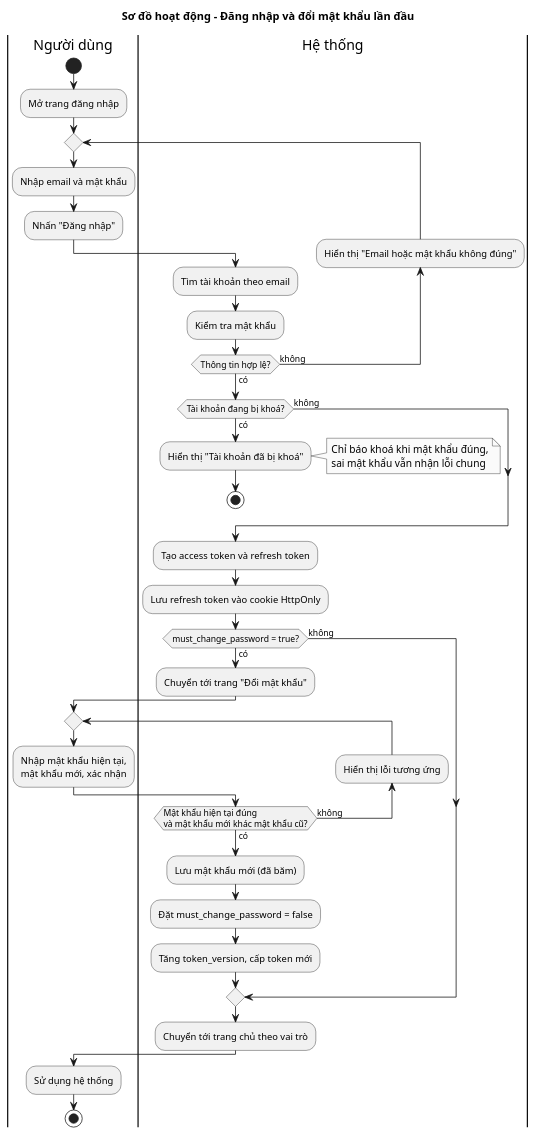
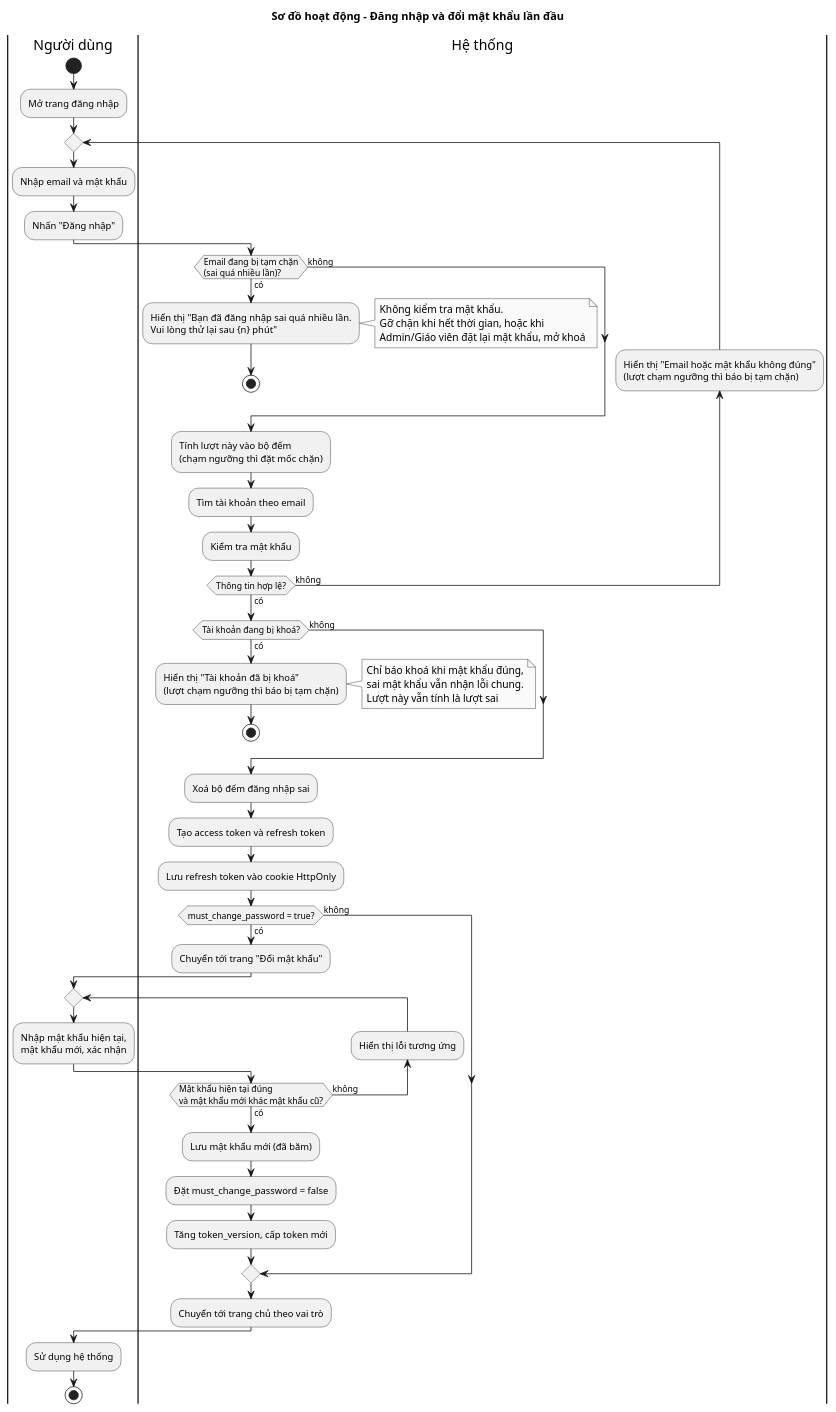
Before and after one commit to dinhnhathuyennhan/leet-code-utc2: the diagram in docs/diagrams/activity/activity-login.puml, drawn with PlantUML. The commit also changed 13 other files, not shown here.

```diff
--- a/docs/diagrams/activity/activity-login.puml
+++ b/docs/diagrams/activity/activity-login.puml
@@ -1,50 +1,67 @@
 @startuml activity-login
 ' Đăng nhập + bắt buộc đổi mật khẩu tạm ở lần đầu
 skinparam shadowing false
 skinparam monochrome true
 skinparam defaultFontName Arial
 
 title Sơ đồ hoạt động - Đăng nhập và đổi mật khẩu lần đầu
 
 |Người dùng|
 start
 :Mở trang đăng nhập;
 repeat
   :Nhập email và mật khẩu;
   :Nhấn "Đăng nhập";
   |Hệ thống|
+  if (Email đang bị tạm chặn\n(sai quá nhiều lần)?) then (có)
+    :Hiển thị "Bạn đã đăng nhập sai quá nhiều lần.
+    Vui lòng thử lại sau {n} phút";
+    note right
+      Không kiểm tra mật khẩu.
+      Gỡ chặn khi hết thời gian, hoặc khi
+      Admin/Giáo viên đặt lại mật khẩu, mở khoá
+    end note
+    stop
+  else (không)
+  endif
+  :Tính lượt này vào bộ đếm
+  (chạm ngưỡng thì đặt mốc chặn);
   :Tìm tài khoản theo email;
   :Kiểm tra mật khẩu;
-  backward :Hiển thị "Email hoặc mật khẩu không đúng";
+  backward :Hiển thị "Email hoặc mật khẩu không đúng"
+  (lượt chạm ngưỡng thì báo bị tạm chặn);
 repeat while (Thông tin hợp lệ?) is (không) not (có)
 if (Tài khoản đang bị khoá?) then (có)
-  :Hiển thị "Tài khoản đã bị khoá";
+  :Hiển thị "Tài khoản đã bị khoá"
+  (lượt chạm ngưỡng thì báo bị tạm chặn);
   note right
     Chỉ báo khoá khi mật khẩu đúng,
-    sai mật khẩu vẫn nhận lỗi chung
+    sai mật khẩu vẫn nhận lỗi chung.
+    Lượt này vẫn tính là lượt sai
   end note
   stop
 else (không)
 endif
+:Xoá bộ đếm đăng nhập sai;
 :Tạo access token và refresh token;
 :Lưu refresh token vào cookie HttpOnly;
 if (must_change_password = true?) then (có)
   :Chuyển tới trang "Đổi mật khẩu";
   |Người dùng|
   repeat
     :Nhập mật khẩu hiện tại,
     mật khẩu mới, xác nhận;
     |Hệ thống|
     backward :Hiển thị lỗi tương ứng;
   repeat while (Mật khẩu hiện tại đúng\nvà mật khẩu mới khác mật khẩu cũ?) is (không) not (có)
   :Lưu mật khẩu mới (đã băm);
   :Đặt must_change_password = false;
   :Tăng token_version, cấp token mới;
 else (không)
 endif
 :Chuyển tới trang chủ theo vai trò;
 |Người dùng|
 :Sử dụng hệ thống;
 stop
 
 @enduml
```
